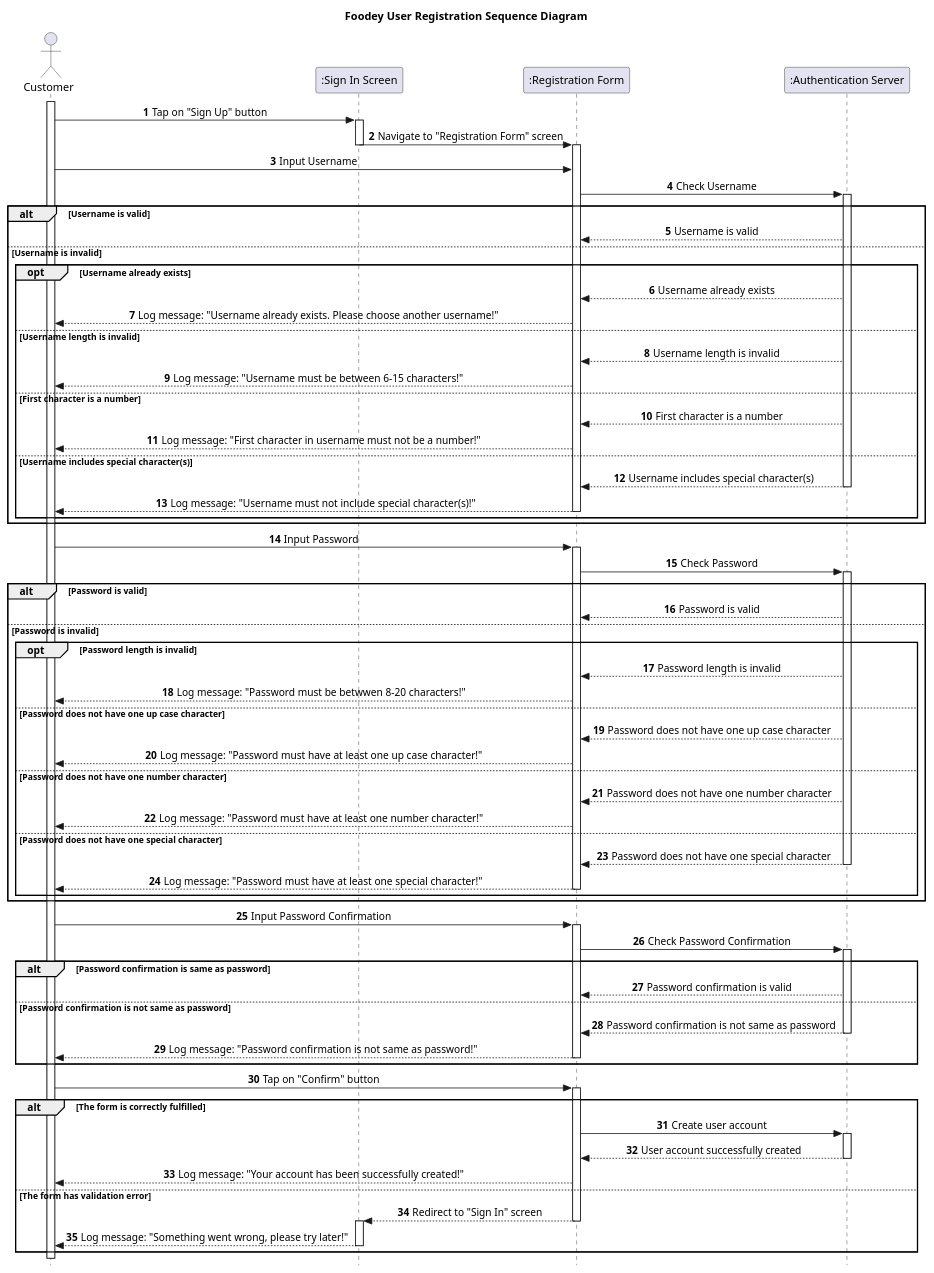
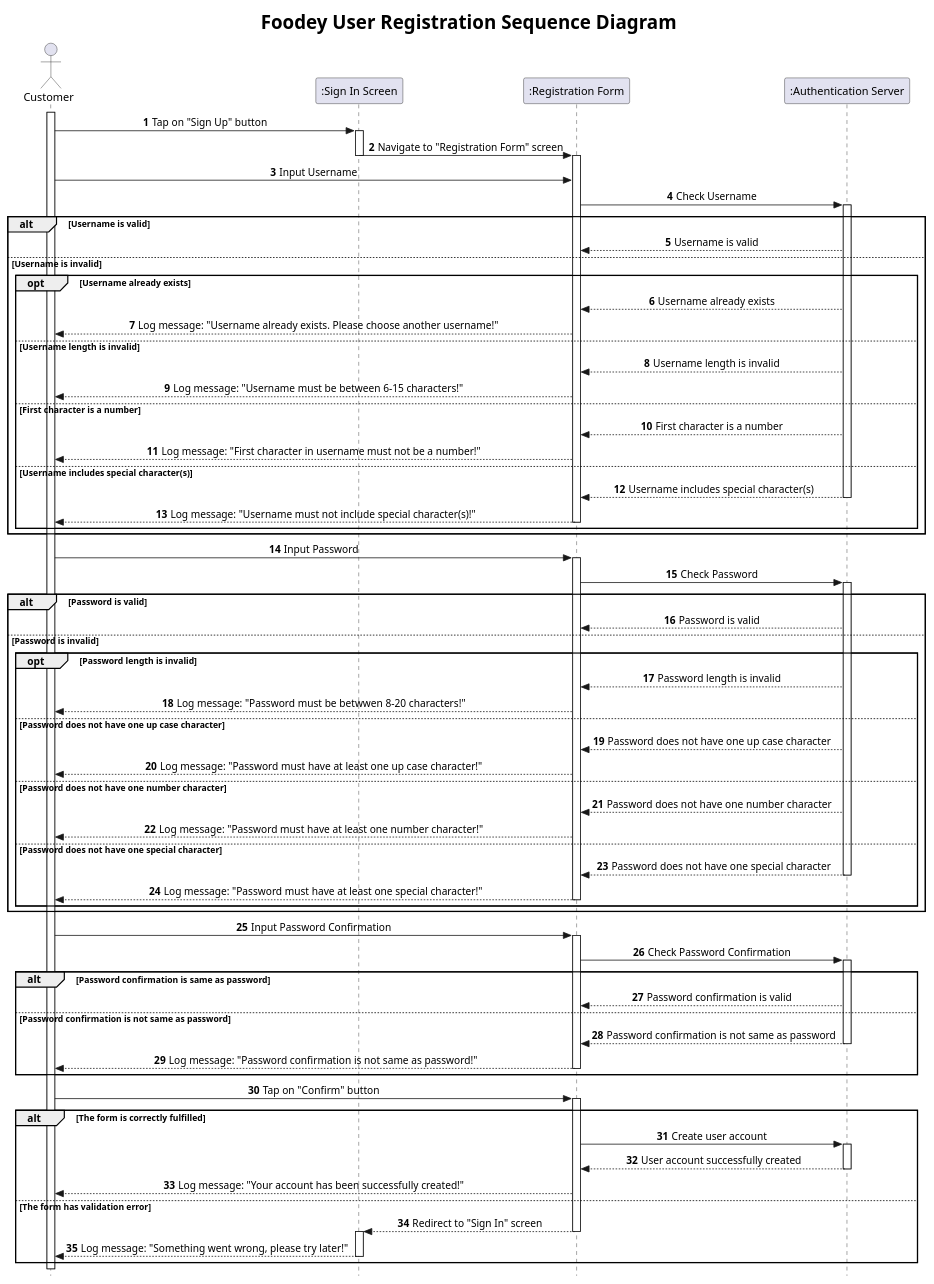
The diagram in Lab 1/Lab 1.2/sequence.wsd (ledoantantri/SE357-Pratice-class), drawn with PlantUML before and after one commit.

Commit message:
change title size

```diff
--- a/Lab 1/Lab 1.2/sequence.wsd
+++ b/Lab 1/Lab 1.2/sequence.wsd
@@ -1,107 +1,107 @@
 @startuml Foodey_sequence
 
-title Foodey User Registration Sequence Diagram
+title <size: 24> Foodey User Registration Sequence Diagram
 
 skinparam Style strictuml
 skinparam sequenceMessageAlign center
 
 actor "Customer" as Cm
 participant ":Sign In Screen" as SI
 participant ":Registration Form" as RF
 participant ":Authentication Server" as AS
 
 autonumber
 
 activate Cm
 Cm -> SI: Tap on "Sign Up" button
 activate SI
 SI -> RF: Navigate to "Registration Form" screen
 deactivate SI
 
 activate RF
 
 '=============== Username ==============='
 Cm -> RF: Input Username
 RF -> AS: Check Username
 activate AS
 
 alt Username is valid
     AS --> RF: Username is valid
 else Username is invalid
     opt Username already exists
         AS --> RF: Username already exists
         RF --> Cm: Log message: "Username already exists. Please choose another username!"
     else Username length is invalid
         AS --> RF: Username length is invalid
         RF --> Cm: Log message: "Username must be between 6-15 characters!"
     else First character is a number
         AS --> RF: First character is a number
         RF --> Cm: Log message: "First character in username must not be a number!"
     else Username includes special character(s)
         AS --> RF: Username includes special character(s)
         deactivate AS
         RF --> Cm: Log message: "Username must not include special character(s)!"
         deactivate RF
     end
 end
 
 
 '=============== Password ==============='
 Cm -> RF: Input Password
 activate RF
 RF -> AS: Check Password
 activate AS
 
 alt Password is valid
     AS --> RF: Password is valid
 else Password is invalid
     opt Password length is invalid
         AS --> RF: Password length is invalid
         RF --> Cm: Log message: "Password must be betwwen 8-20 characters!"
     else Password does not have one up case character
         AS --> RF: Password does not have one up case character
         RF --> Cm: Log message: "Password must have at least one up case character!"
     else Password does not have one number character
         AS --> RF: Password does not have one number character
         RF --> Cm: Log message: "Password must have at least one number character!"
     else Password does not have one special character
         AS --> RF: Password does not have one special character
         deactivate AS
         RF --> Cm: Log message: "Password must have at least one special character!"
         deactivate RF
     end
 end
 
 '=============== Password Confirmation ==============='
 Cm -> RF: Input Password Confirmation
 activate RF
 RF -> AS: Check Password Confirmation
 activate AS
 
 alt Password confirmation is same as password
     AS --> RF: Password confirmation is valid
 else Password confirmation is not same as password
     AS --> RF: Password confirmation is not same as password
     deactivate AS
     RF --> Cm: Log message: "Password confirmation is not same as password!"
         deactivate RF
 end
 
 '=============== Confirm Registration Form ==============='
 Cm -> RF: Tap on "Confirm" button
 activate RF
 
 alt The form is correctly fulfilled
     RF -> AS: Create user account
     activate AS
     AS --> RF: User account successfully created
     deactivate AS
     RF --> Cm: Log message: "Your account has been successfully created!"
 else The form has validation error 
     RF --> SI: Redirect to "Sign In" screen
     deactivate RF
     activate SI
     SI --> Cm: Log message: "Something went wrong, please try later!"
     deactivate SI
 end
 @enduml
```
